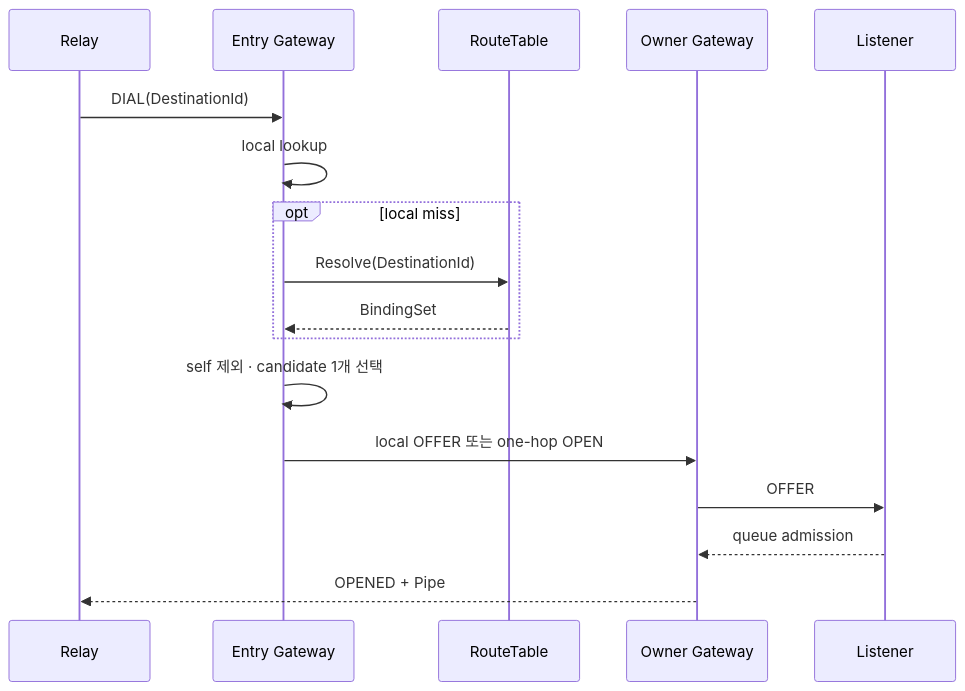
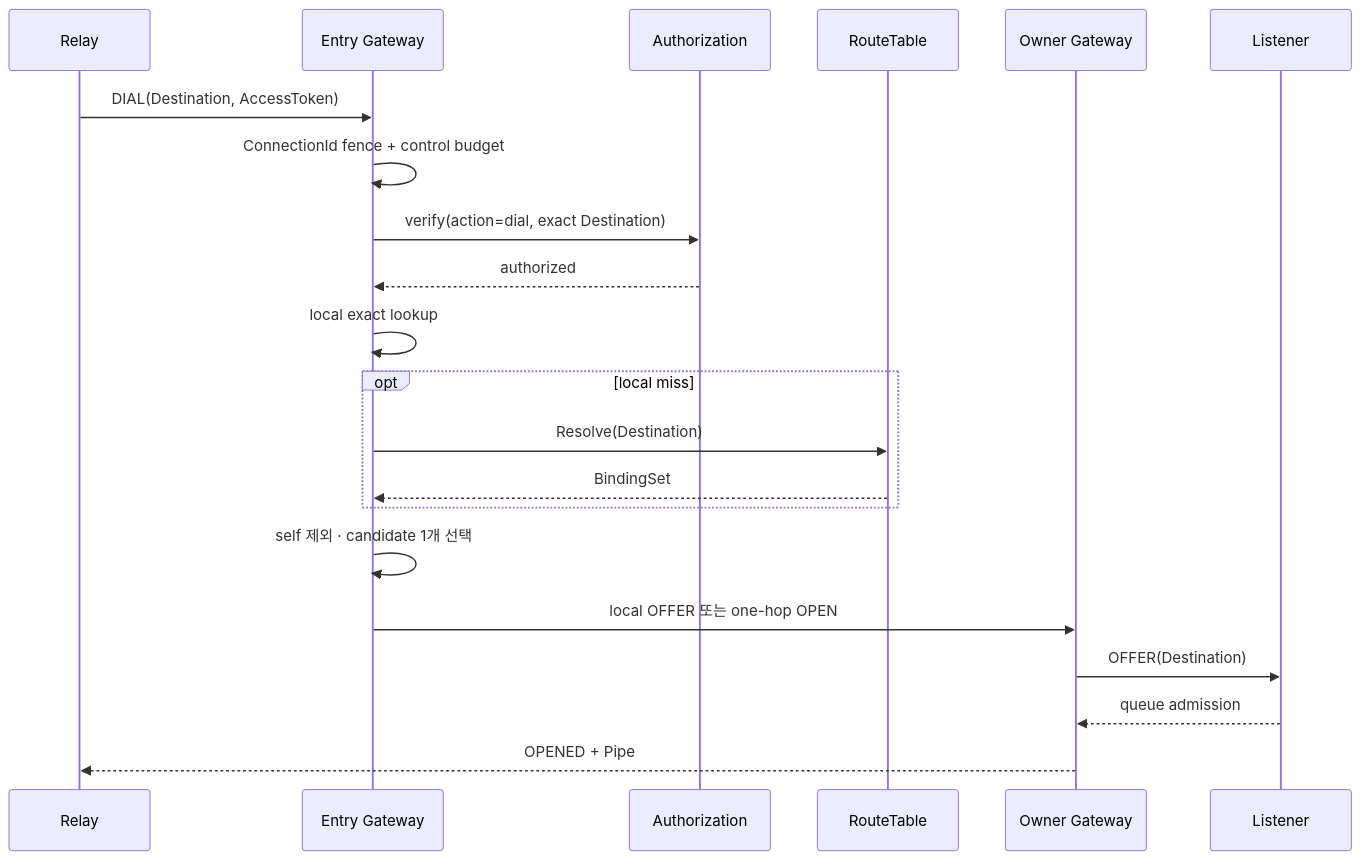
One commit to cagojeiger/relaygate changed the diagram in docs/spec/005-connection-establishment-contract.md. Above: the diagram before and after it, drawn with Mermaid. The commit also changed other lines of this file and 190 other files, not shown here.

````diff
--- a/docs/spec/005-connection-establishment-contract.md
+++ b/docs/spec/005-connection-establishment-contract.md
@@ -3,19 +3,23 @@
 ```mermaid
 sequenceDiagram
     participant R as Relay
     participant E as Entry Gateway
+    participant A as Authorization
     participant RT as RouteTable
     participant O as Owner Gateway
     participant L as Listener
-    R->>E: DIAL(DestinationId)
-    E->>E: local lookup
+    R->>E: DIAL(Destination, AccessToken)
+    E->>E: ConnectionId fence + control budget
+    E->>A: verify(action=dial, exact Destination)
+    A-->>E: authorized
+    E->>E: local exact lookup
     opt local miss
-        E->>RT: Resolve(DestinationId)
+        E->>RT: Resolve(Destination)
         RT-->>E: BindingSet
     end
     E->>E: self 제외 · candidate 1개 선택
     E->>O: local OFFER 또는 one-hop OPEN
-    O->>L: OFFER
+    O->>L: OFFER(Destination)
     L-->>O: queue admission
     O-->>R: OPENED + Pipe
 ```
````
